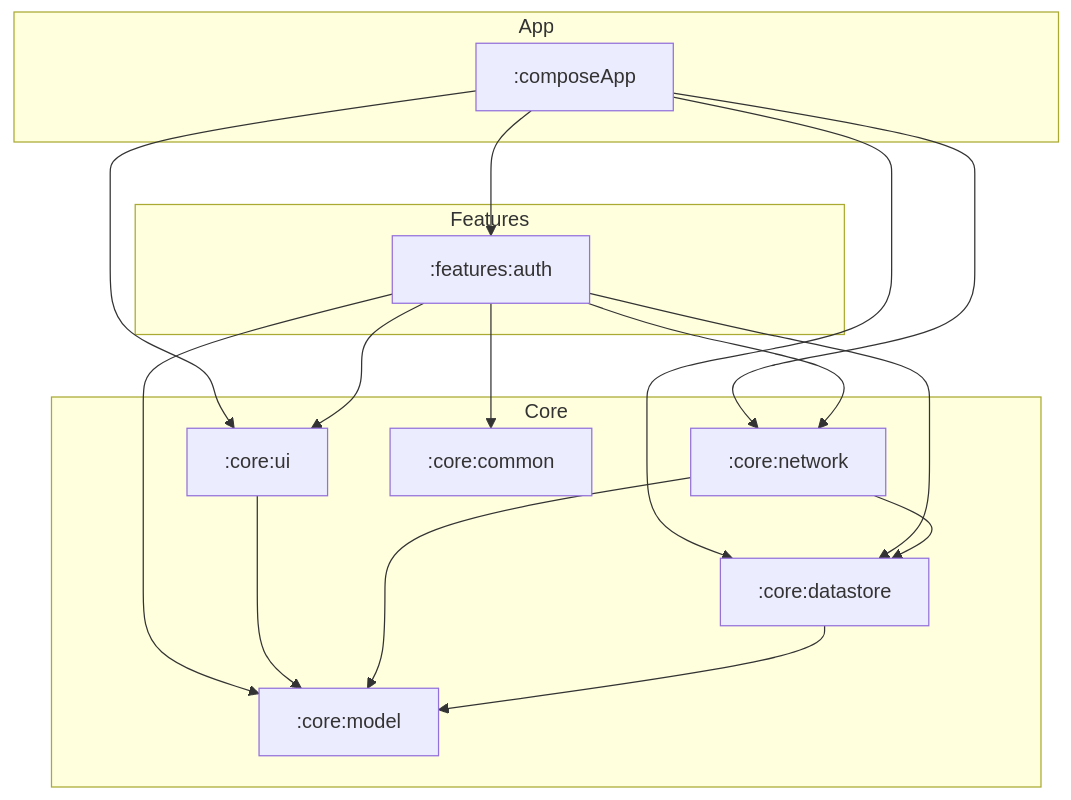
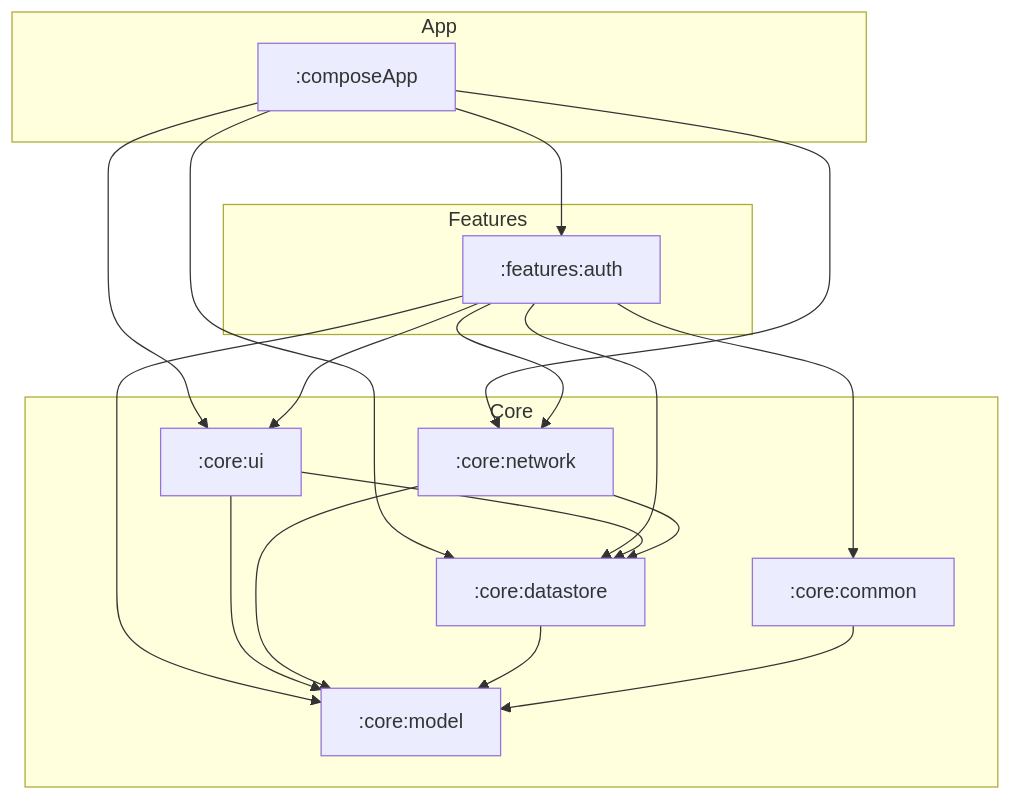
The diagram in README.md (iolandarosa7/retail-hub), drawn with Mermaid before and after one commit. The commit also changed other lines of this file and 1 other file, not shown here.

````diff
--- a/README.md
+++ b/README.md
@@ -22,34 +23,36 @@
 ```mermaid
 flowchart TD
     subgraph App
         composeApp[":composeApp"]
     end
 
     subgraph Features
         auth[":features:auth"]
     end
 
     subgraph Core
         ui[":core:ui"]
         network[":core:network"]
         datastore[":core:datastore"]
+        common[":core:common"]
         model[":core:model"]
-        common[":core:common"]
     end
 
     composeApp --> auth
     composeApp --> ui
     composeApp --> network
     composeApp --> datastore
 
     auth --> ui
     auth --> network
     auth --> datastore
+    auth --> common
     auth --> model
-    auth --> common
 
     ui --> model
+    ui --> datastore
     network --> model
     network --> datastore
     datastore --> model
+    common --> model
 ```
````
